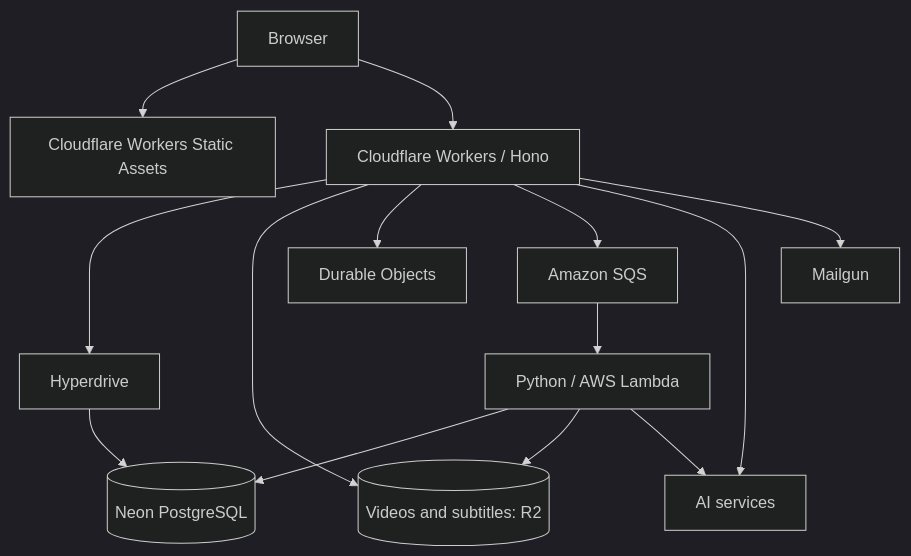
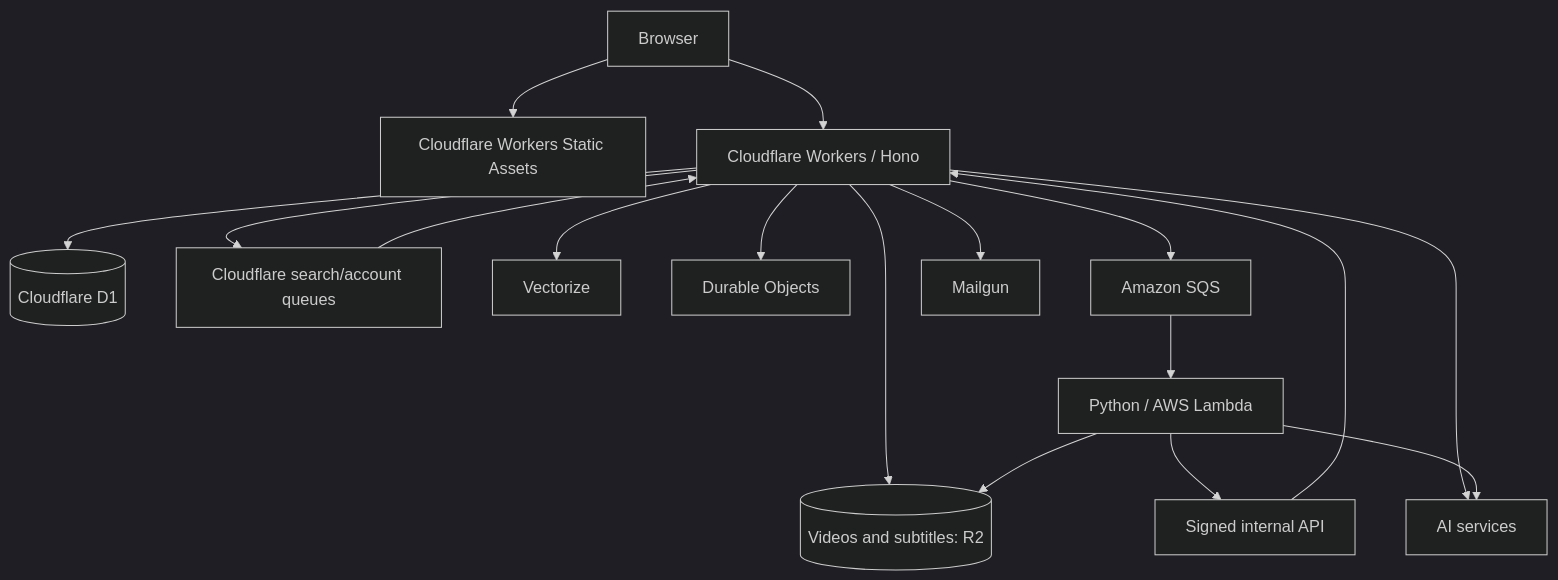
One commit to videoq-jp/videoq changed the second of 2 diagrams in docs/architecture/system-configuration-diagram.md. Above: the diagram before and after it, drawn with Mermaid (dark theme). The commit also changed other lines of this file and 3 other files, not shown here.

````diff
--- a/docs/architecture/system-configuration-diagram.md
+++ b/docs/architecture/system-configuration-diagram.md
@@ -48,15 +50,18 @@
 ```mermaid
 flowchart TB
     User[Browser] --> Web[Cloudflare Workers Static Assets]
     User --> API[Cloudflare Workers / Hono]
-    API --> HD[Hyperdrive] --> DB[(Neon PostgreSQL)]
+    API --> DB[(Cloudflare D1)]
+    API --> Search[Cloudflare search/account queues]
+    Search --> API
+    API --> Vectors[Vectorize]
     API --> R2[(Videos and subtitles: R2)]
     API --> DO[Durable Objects]
     API --> Queue[Amazon SQS]
     Queue --> Worker[Python / AWS Lambda]
-    Worker --> DB
+    Worker --> Internal[Signed internal API] --> API
     Worker --> R2
     API --> AI[AI services]
     Worker --> AI
     API --> Mail[Mailgun]
 ```
````
